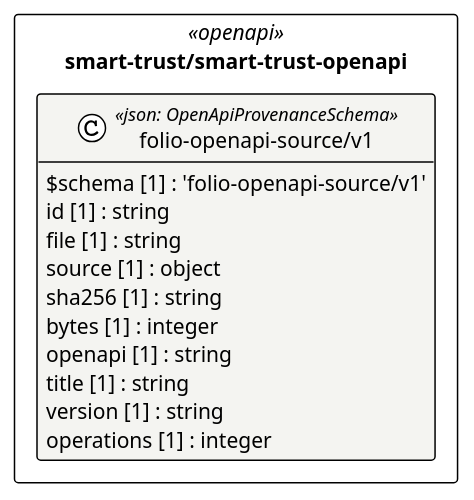
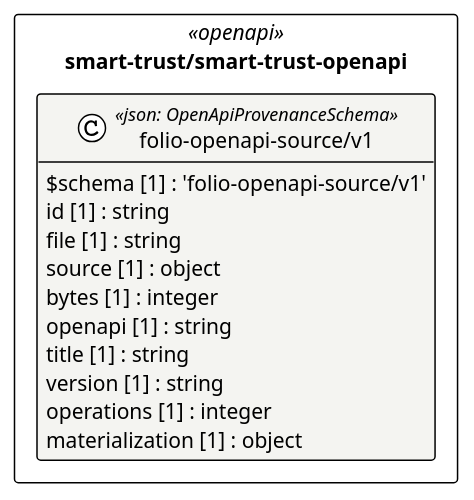
The diagram in cat-harness/uml/overview/smart-trust/smart-trust-openapi.puml (litlfred/folio-assistant), drawn with PlantUML before and after one commit. The commit also changed 39 other files, not shown here.

First line of the commit message:
Regenerate after moving the OpenAPI pages into the graph and adding the openapi avatar (bean s4ta)

```diff
--- a/cat-harness/uml/overview/smart-trust/smart-trust-openapi.puml
+++ b/cat-harness/uml/overview/smart-trust/smart-trust-openapi.puml
@@ -3,24 +3,24 @@
 @startuml smart_trust_smart_trust_openapi
 !pragma layout elk
 !theme plain
 skinparam classAttributeIconSize 0
 skinparam shadowing false
 skinparam packageStyle rectangle
 hide empty methods
 
 package "smart-trust/smart-trust-openapi" as pkg_smart_trust_smart_trust_openapi <<openapi>> {
   class "folio-openapi-source/v1" as smart_trust_smart_trust_openapi_folio_openapi_source_v1_folio_openapi_source_v1 <<json: OpenApiProvenanceSchema>> #f4f4f1 {
     $schema [1] : 'folio-openapi-source/v1'
     id [1] : string
     file [1] : string
     source [1] : object
-    sha256 [1] : string
     bytes [1] : integer
     openapi [1] : string
     title [1] : string
     version [1] : string
     operations [1] : integer
+    materialization [1] : object
   }
 }
 
 @enduml
```
